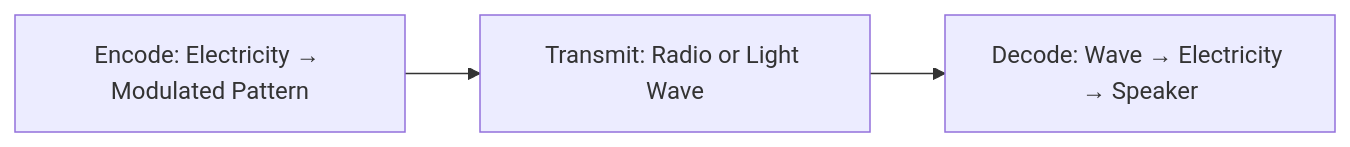
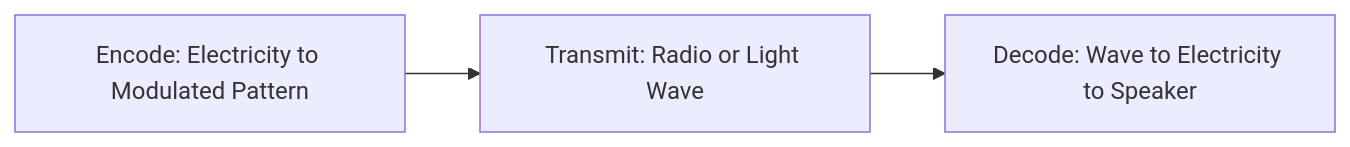
The second of 9 diagrams in README.md (DuckyOnQuack-999/ELECTROMAGNETIC-AUDIO-TRANSDUCTION), drawn with Mermaid before and after one commit. The commit also changed other lines of this file, not shown here.

````diff
--- a/README.md
+++ b/README.md
@@ -145,5 +157,5 @@
 ```mermaid
 flowchart LR
-    A[Encode: Electricity → Modulated Pattern] --> B[Transmit: Radio or Light Wave]
-    B --> C[Decode: Wave → Electricity → Speaker]
+    A[Encode: Electricity to Modulated Pattern] --> B[Transmit: Radio or Light Wave]
+    B --> C[Decode: Wave to Electricity to Speaker]
 ```
````
